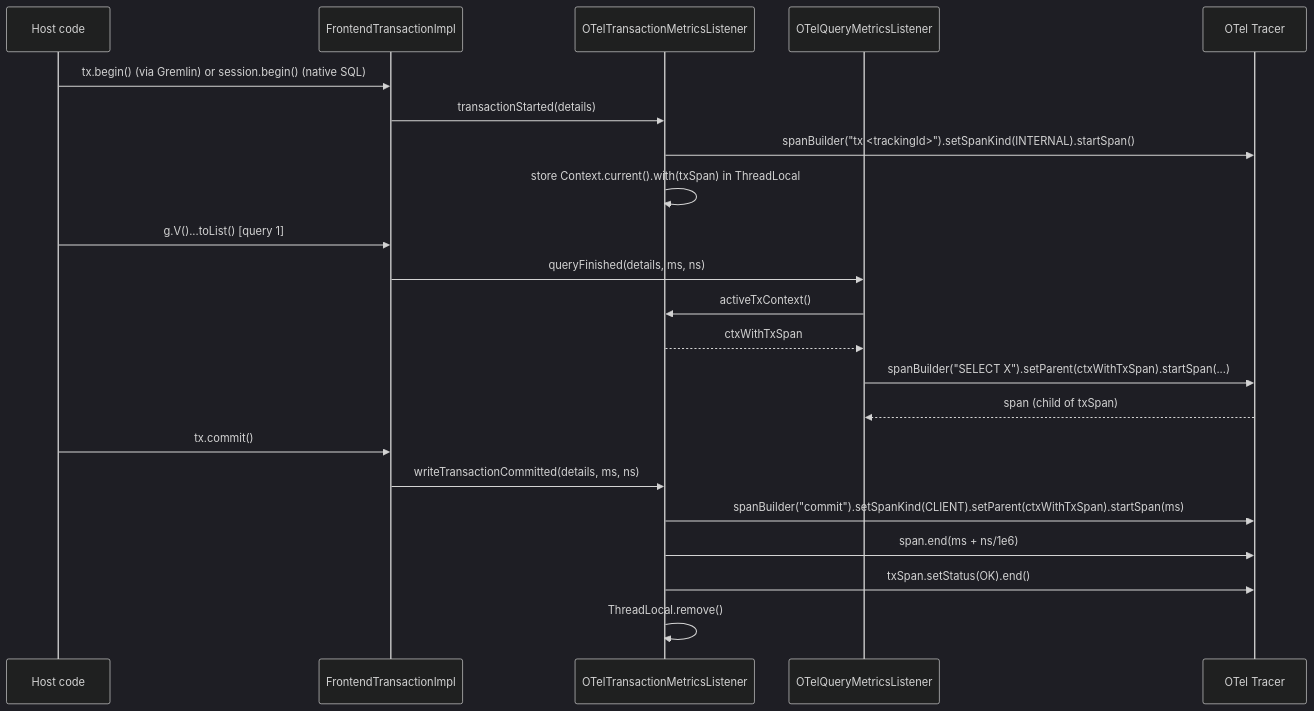
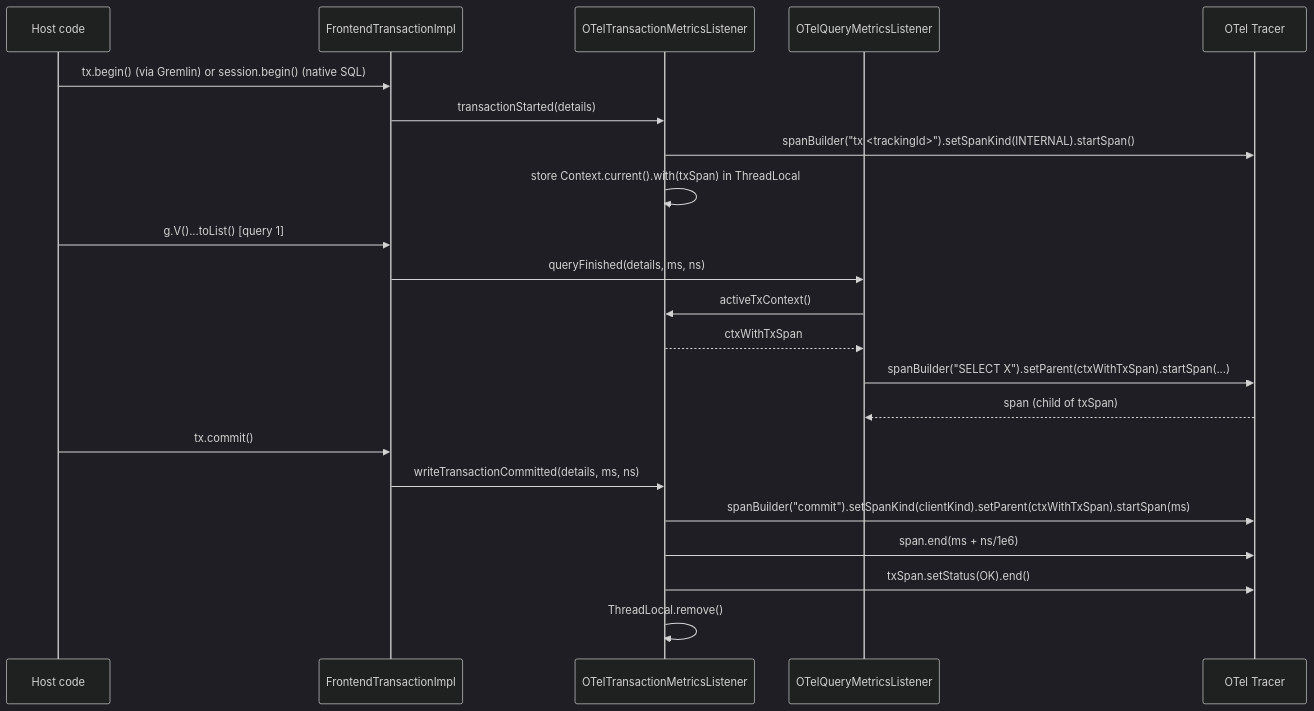
Before and after one commit to JetBrains/youtrackdb: the third of 4 diagrams in docs/adr/ytdb-496-opentelemetry-support/_workflow/design.md, drawn with Mermaid (dark theme). The commit also changed other lines of this file and 4 other files, not shown here.

Commit message:
Mutations 19-21 ytdb-496: design review fixes — mode-aware span kind, instance ThreadLocal, narrowed listener catch

````diff
--- a/docs/adr/ytdb-496-opentelemetry-support/_workflow/design.md
+++ b/docs/adr/ytdb-496-opentelemetry-support/_workflow/design.md
@@ -162,25 +175,25 @@
 ```mermaid
 sequenceDiagram
     participant Host as Host code
     participant TX as FrontendTransactionImpl
     participant OTL as OTelTransactionMetricsListener
     participant OQL as OTelQueryMetricsListener
     participant TR as OTel Tracer
 
     Host->>TX: tx.begin() (via Gremlin) or session.begin() (native SQL)
     TX->>OTL: transactionStarted(details)
     OTL->>TR: spanBuilder("tx <trackingId>").setSpanKind(INTERNAL).startSpan()
     OTL->>OTL: store Context.current().with(txSpan) in ThreadLocal
     Host->>TX: g.V()...toList()  [query 1]
     TX->>OQL: queryFinished(details, ms, ns)
     OQL->>OTL: activeTxContext()
     OTL-->>OQL: ctxWithTxSpan
     OQL->>TR: spanBuilder("SELECT X").setParent(ctxWithTxSpan).startSpan(...)
     TR-->>OQL: span (child of txSpan)
     Host->>TX: tx.commit()
     TX->>OTL: writeTransactionCommitted(details, ms, ns)
-    OTL->>TR: spanBuilder("commit").setSpanKind(CLIENT).setParent(ctxWithTxSpan).startSpan(ms)
+    OTL->>TR: spanBuilder("commit").setSpanKind(clientKind).setParent(ctxWithTxSpan).startSpan(ms)
     OTL->>TR: span.end(ms + ns/1e6)
     OTL->>TR: txSpan.setStatus(OK).end()
     OTL->>OTL: ThreadLocal.remove()
 ```
````
